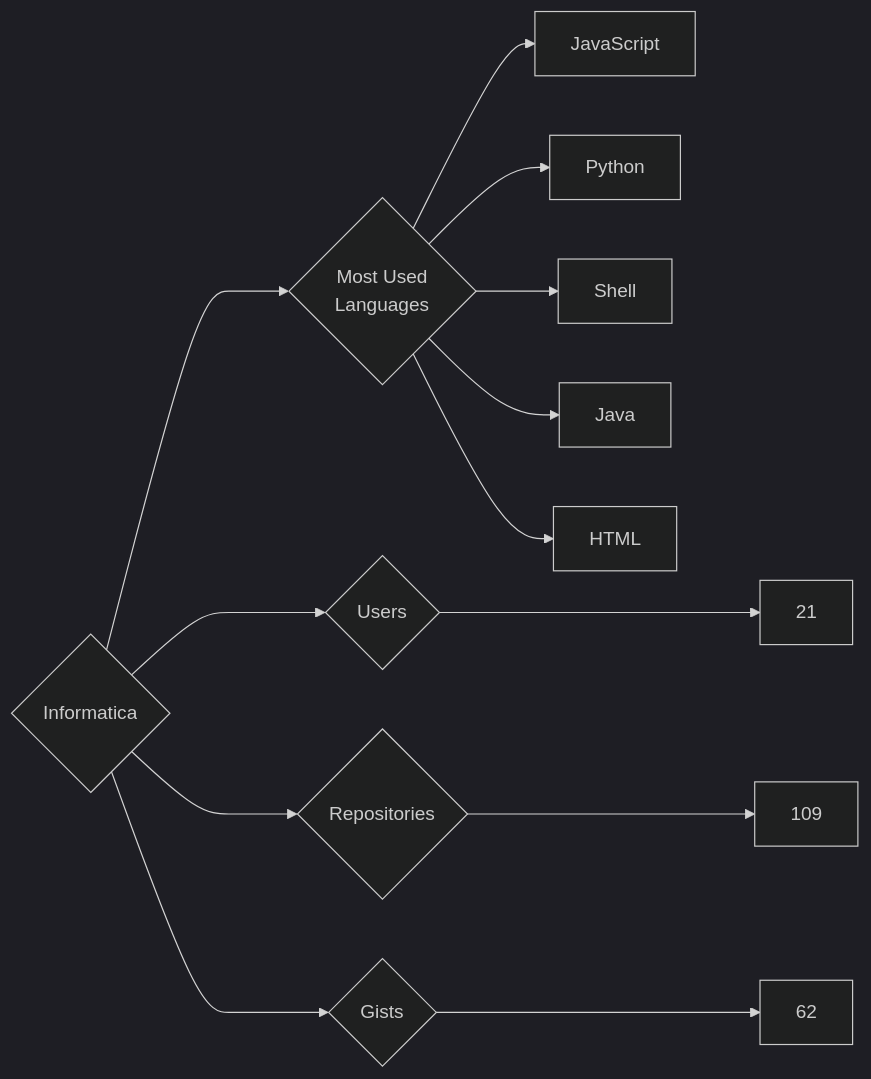
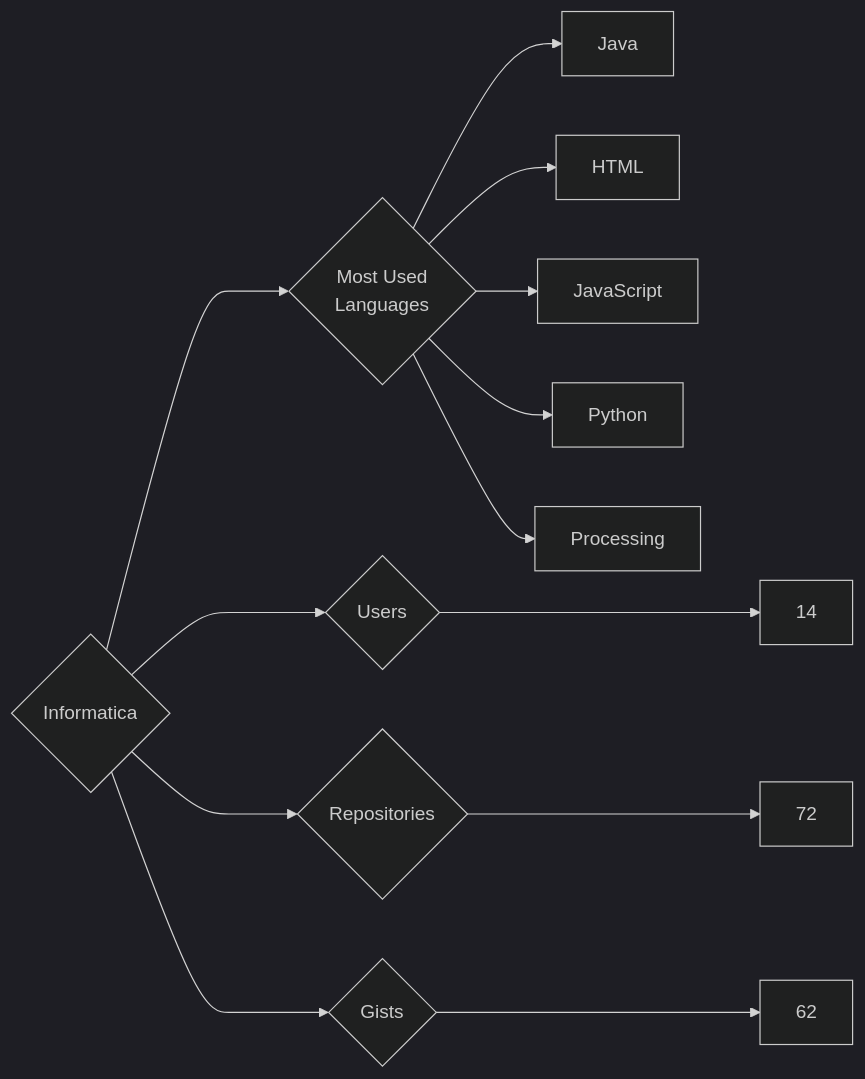
The diagram in targets/Informatica/README.md (trickest/insiders), drawn with Mermaid (dark theme) before and after one commit. The commit also changed 874 other files, not shown here.

````diff
--- a/targets/Informatica/README.md
+++ b/targets/Informatica/README.md
@@ -3,13 +3,13 @@
 ```mermaid
 graph LR
 COMPANY_NAME{Informatica}
-COMPANY_NAME ---> U{Users} ---> UN[21]
-COMPANY_NAME ---> R{Repositories} ---> RN[109]
+COMPANY_NAME ---> U{Users} ---> UN[14]
+COMPANY_NAME ---> R{Repositories} ---> RN[72]
 COMPANY_NAME ---> G{Gists} ---> GN[62]
 COMPANY_NAME ---> ML{Most Used<br>Languages}
+ML --> Java[Java]
+ML --> HTML[HTML]
 ML --> JavaScript[JavaScript]
 ML --> Python[Python]
-ML --> Shell[Shell]
-ML --> Java[Java]
-ML --> HTML[HTML]
+ML --> Processing[Processing]
 ```
````
